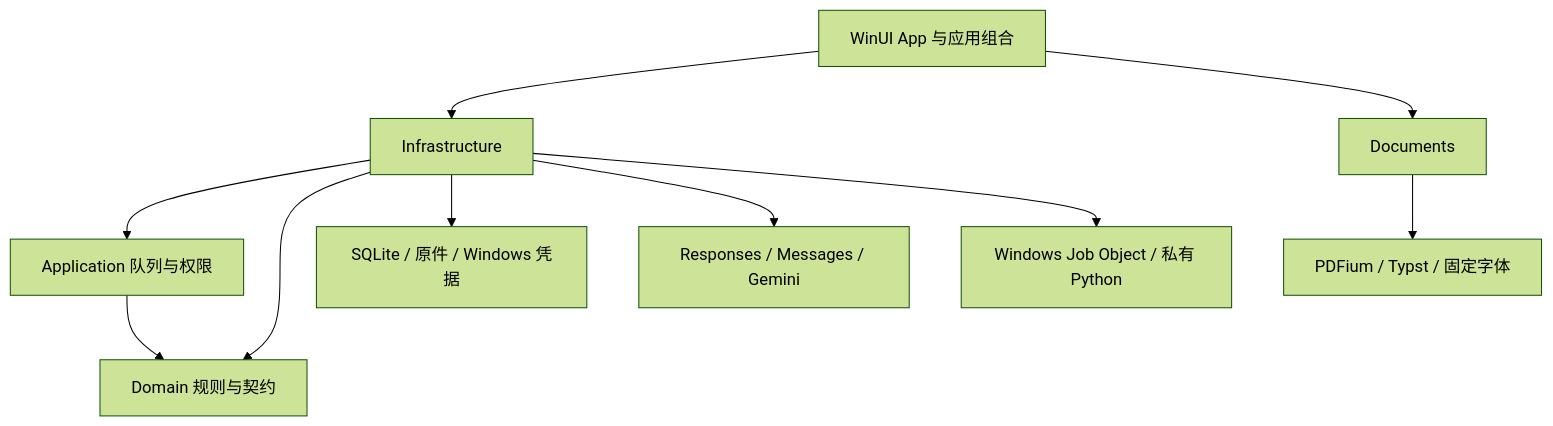
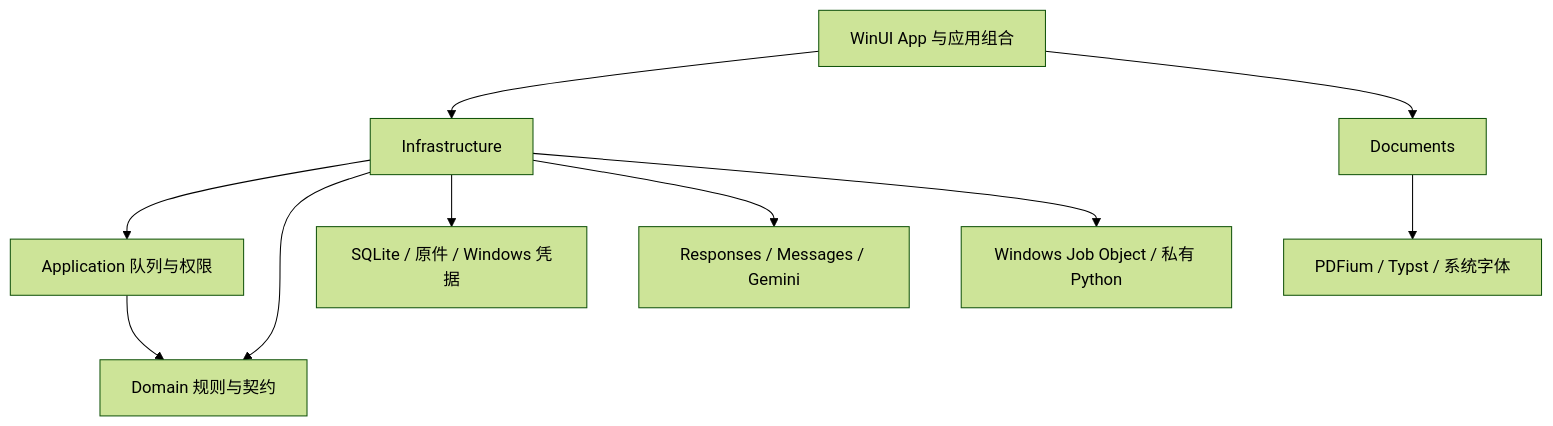
The diagram in docs/architecture.zh-CN.md (TaiRuiQu/oh-my-study), drawn with Mermaid (forest theme) before and after one commit. The commit also changed other lines of this file and 14 other files, not shown here.

````diff
--- a/docs/architecture.zh-CN.md
+++ b/docs/architecture.zh-CN.md
@@ -16,12 +16,12 @@
 ```mermaid
 flowchart TD
     App[WinUI App 与应用组合] --> Infra[Infrastructure]
     App --> Docs[Documents]
     Infra --> Application[Application 队列与权限]
     Application --> Domain[Domain 规则与契约]
     Infra --> Domain
     Infra --> Data[SQLite / 原件 / Windows 凭据]
     Infra --> Models[Responses / Messages / Gemini]
     Infra --> Host[Windows Job Object / 私有 Python]
-    Docs --> Engines[PDFium / Typst / 固定字体]
+    Docs --> Engines[PDFium / Typst / 系统字体]
 ```
````
